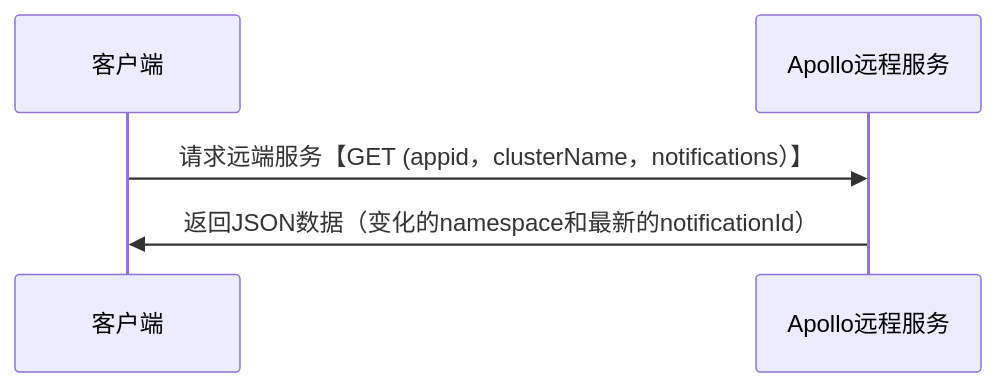
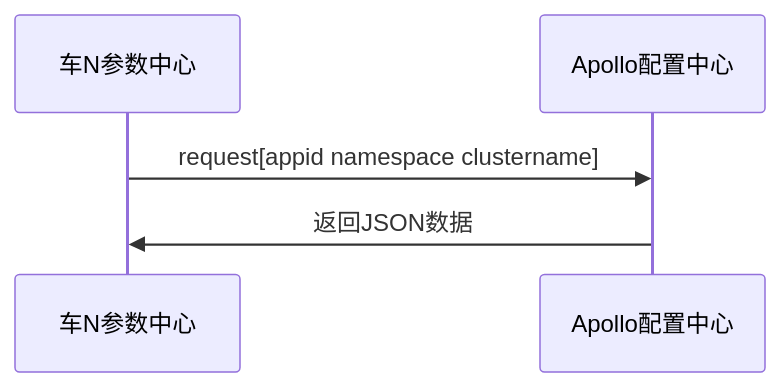
One commit to KanonWY/apollo_cpp changed the first of 2 diagrams in README.md. Above: the diagram before and after it, drawn with Mermaid. The commit also changed other lines of this file and 6 other files, not shown here.

````diff
--- a/README.md
+++ b/README.md
@@ -80,5 +80,5 @@
 ```mermaid
 sequenceDiagram
-客户端 ->> Apollo远程服务: 请求远端服务【GET (appid，clusterName，notifications）】
-Apollo远程服务 ->> 客户端: 返回JSON数据（变化的namespace和最新的notificationId）
+车N参数中心 ->> Apollo配置中心: request[appid namespace clustername]
+Apollo配置中心 ->> 车N参数中心: 返回JSON数据
 ```
````
